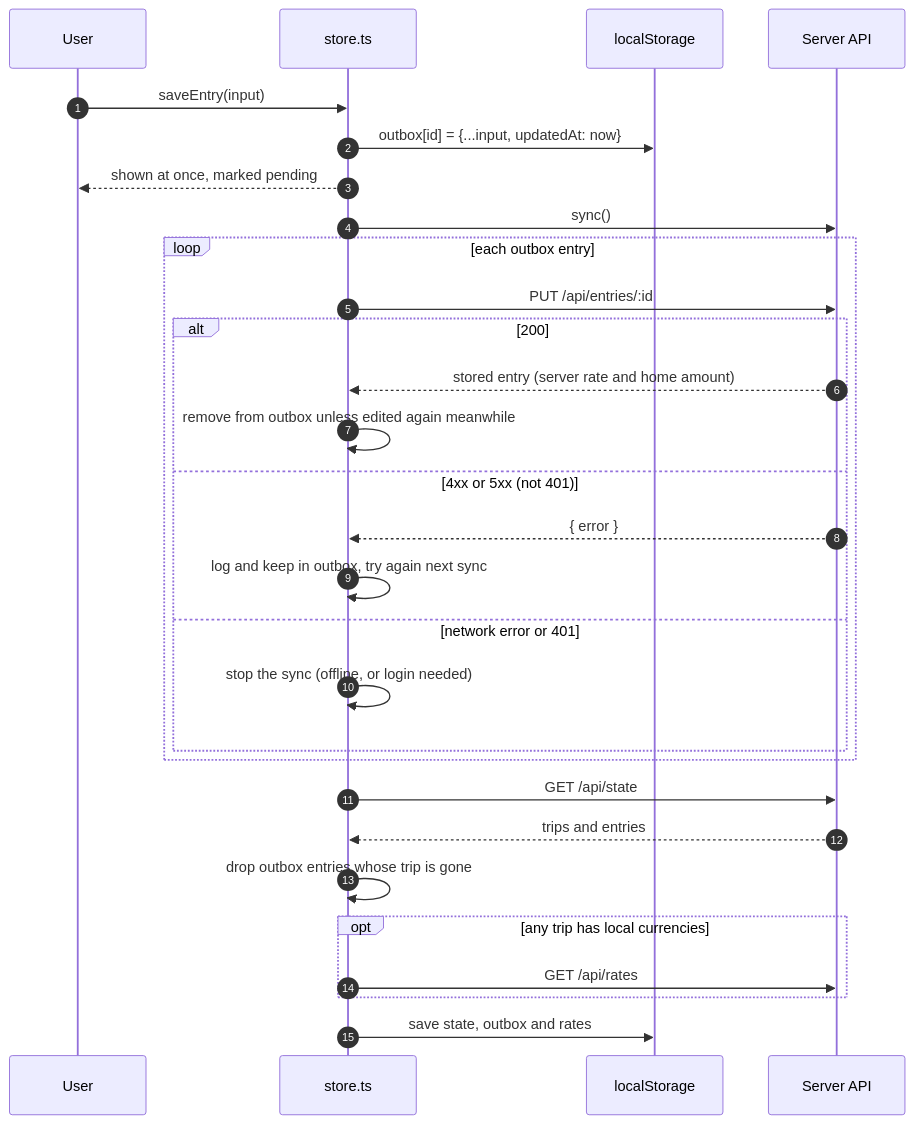
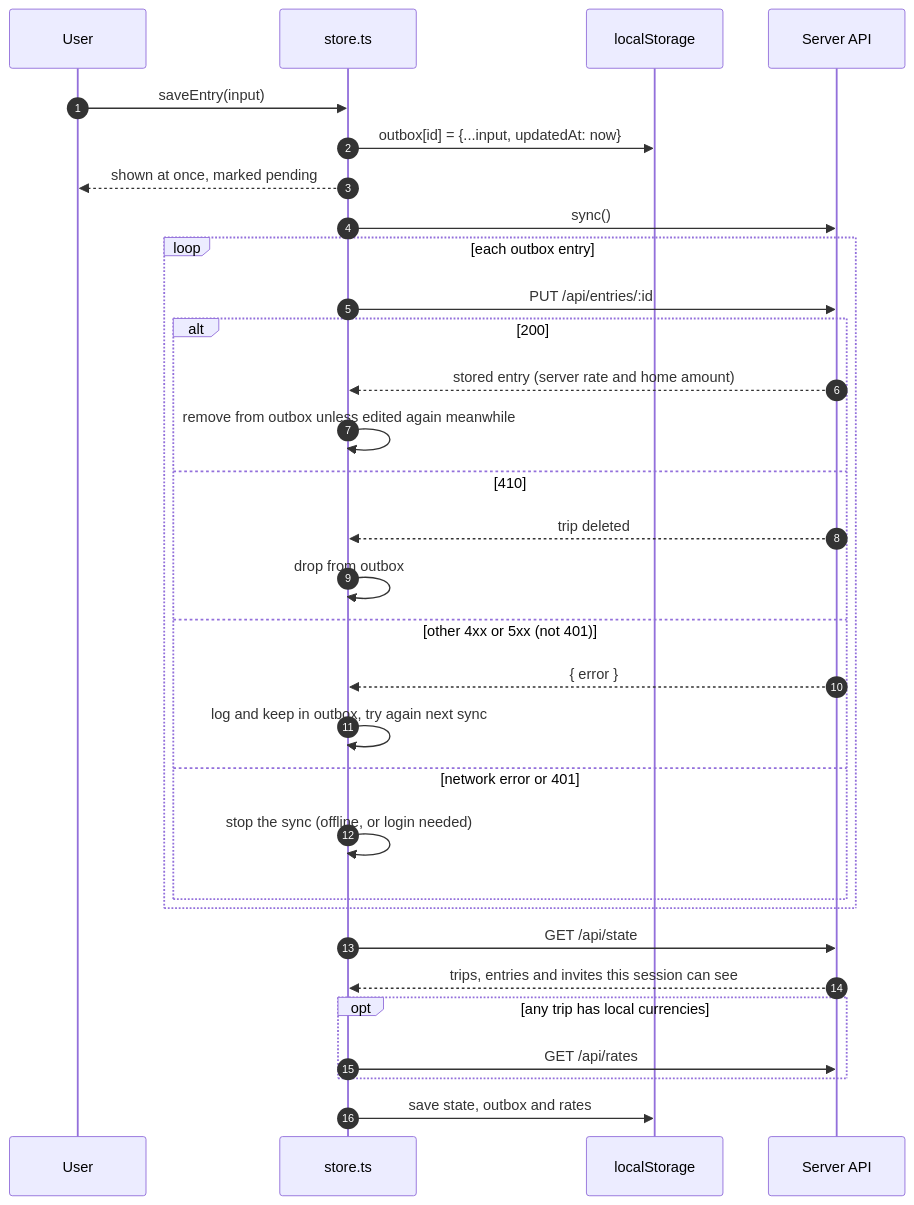
The third of 7 diagrams in docs/ARCHITECTURE.md (hazmah0/trip-split), drawn with Mermaid before and after one commit. The commit also changed other lines of this file and 19 other files, not shown here.

````diff
--- a/docs/ARCHITECTURE.md
+++ b/docs/ARCHITECTURE.md
@@ -147,32 +157,34 @@
 ```mermaid
 sequenceDiagram
   autonumber
   participant U as User
   participant S as store.ts
   participant L as localStorage
   participant A as Server API
 
   U->>S: saveEntry(input)
   S->>L: outbox[id] = {...input, updatedAt: now}
   S-->>U: shown at once, marked pending
   S->>A: sync()
   loop each outbox entry
     S->>A: PUT /api/entries/:id
     alt 200
       A-->>S: stored entry (server rate and home amount)
       S->>S: remove from outbox unless edited again meanwhile
-    else 4xx or 5xx (not 401)
+    else 410
+      A-->>S: trip deleted
+      S->>S: drop from outbox
+    else other 4xx or 5xx (not 401)
       A-->>S: { error }
       S->>S: log and keep in outbox, try again next sync
     else network error or 401
       S->>S: stop the sync (offline, or login needed)
     end
   end
   S->>A: GET /api/state
-  A-->>S: trips and entries
-  S->>S: drop outbox entries whose trip is gone
+  A-->>S: trips, entries and invites this session can see
   opt any trip has local currencies
     S->>A: GET /api/rates
   end
   S->>L: save state, outbox and rates
 ```
````
